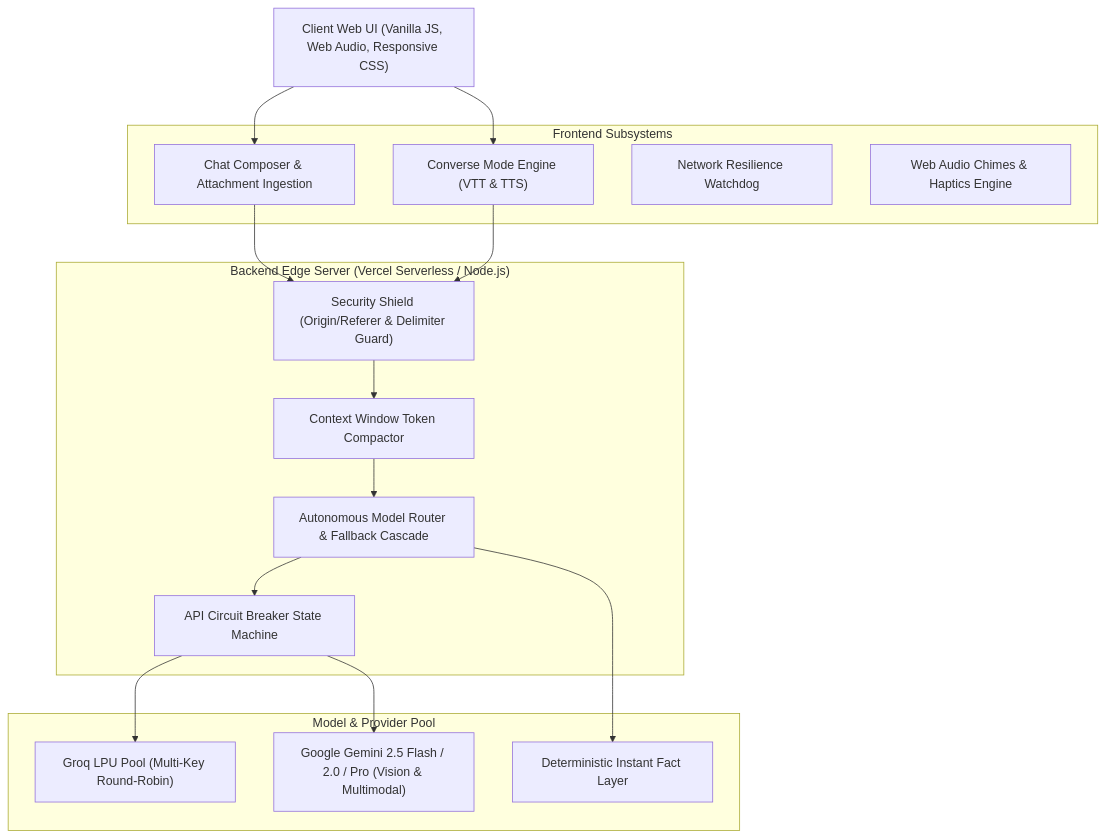
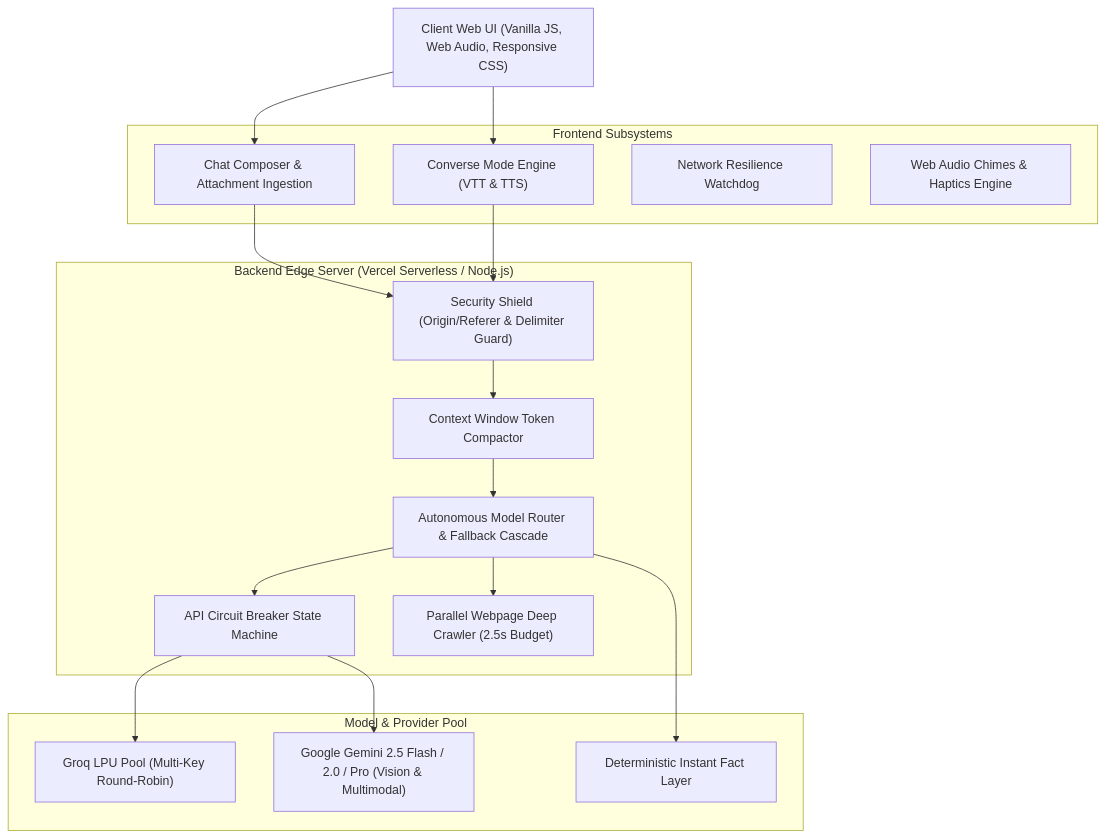
Before and after one commit to PrithvirajuVenkataraman/JARVIS: the first of 4 diagrams in SYSTEM_DESIGN.md, drawn with Mermaid. The commit also changed other lines of this file, not shown here.

````diff
--- a/SYSTEM_DESIGN.md
+++ b/SYSTEM_DESIGN.md
@@ -9,35 +9,37 @@
 ```mermaid
 graph TD
     Client["Client Web UI (Vanilla JS, Web Audio, Responsive CSS)"]
     
     subgraph Frontend["Frontend Subsystems"]
         ChatComposer["Chat Composer & Attachment Ingestion"]
         ConverseController["Converse Mode Engine (VTT & TTS)"]
         OfflineWatchdog["Network Resilience Watchdog"]
         AudioHaptics["Web Audio Chimes & Haptics Engine"]
     end
 
     subgraph Backend["Backend Edge Server (Vercel Serverless / Node.js)"]
         SecurityShield["Security Shield (Origin/Referer & Delimiter Guard)"]
         ContextCompactor["Context Window Token Compactor"]
         IntentRouter["Autonomous Model Router & Fallback Cascade"]
         CircuitBreaker["API Circuit Breaker State Machine"]
+        DeepCrawler["Parallel Webpage Deep Crawler (2.5s Budget)"]
     end
 
     subgraph Models["Model & Provider Pool"]
         GroqPool["Groq LPU Pool (Multi-Key Round-Robin)"]
         GeminiPool["Google Gemini 2.5 Flash / 2.0 / Pro (Vision & Multimodal)"]
         DeterministicFacts["Deterministic Instant Fact Layer"]
     end
 
     Client --> ChatComposer
     Client --> ConverseController
     ChatComposer --> SecurityShield
     ConverseController --> SecurityShield
     SecurityShield --> ContextCompactor
     ContextCompactor --> IntentRouter
     IntentRouter --> CircuitBreaker
+    IntentRouter --> DeepCrawler
     CircuitBreaker --> GroqPool
     CircuitBreaker --> GeminiPool
     IntentRouter --> DeterministicFacts
 ```
````
